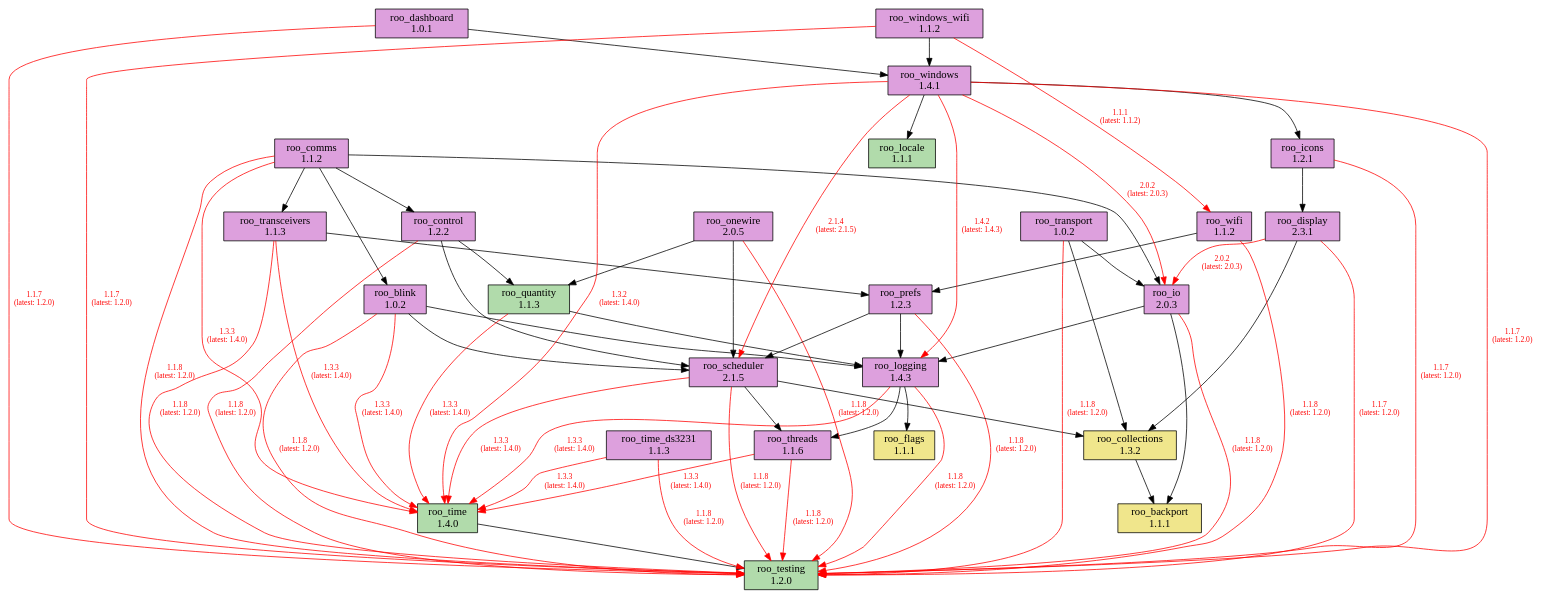
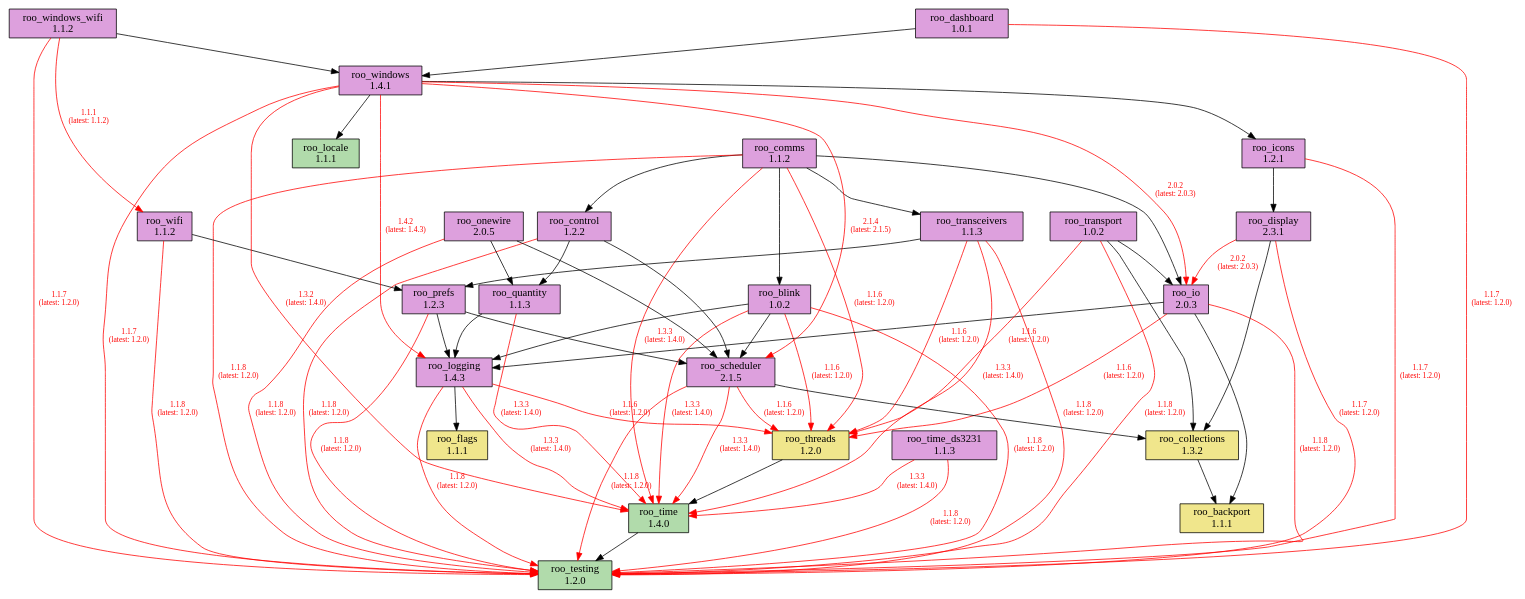
Before and after one commit to dejwk/roo-registry: the diagram in doc/dependencies.dot, drawn with Graphviz. The commit also changed 3 other files, not shown here.

Commit message:
Added roo_threads 1.2.0 to the registry.

```diff
--- a/doc/dependencies.dot
+++ b/doc/dependencies.dot
@@ -1,97 +1,101 @@
 digraph dependencies {
     rankdir=TB;
     node [shape=box, style=filled];
     edge [fontsize=10];
 
     // Modules
     "roo_backport" [label="roo_backport\n1.1.1", fillcolor="khaki"];
     "roo_blink" [label="roo_blink\n1.0.2", fillcolor="plum"];
     "roo_collections" [label="roo_collections\n1.3.2", fillcolor="khaki"];
     "roo_comms" [label="roo_comms\n1.1.2", fillcolor="plum"];
     "roo_control" [label="roo_control\n1.2.2", fillcolor="plum"];
     "roo_dashboard" [label="roo_dashboard\n1.0.1", fillcolor="plum"];
     "roo_display" [label="roo_display\n2.3.1", fillcolor="plum"];
     "roo_flags" [label="roo_flags\n1.1.1", fillcolor="khaki"];
     "roo_icons" [label="roo_icons\n1.2.1", fillcolor="plum"];
     "roo_io" [label="roo_io\n2.0.3", fillcolor="plum"];
     "roo_locale" [label="roo_locale\n1.1.1", fillcolor="#b1dbab"];
     "roo_logging" [label="roo_logging\n1.4.3", fillcolor="plum"];
     "roo_onewire" [label="roo_onewire\n2.0.5", fillcolor="plum"];
     "roo_prefs" [label="roo_prefs\n1.2.3", fillcolor="plum"];
-    "roo_quantity" [label="roo_quantity\n1.1.3", fillcolor="#b1dbab"];
+    "roo_quantity" [label="roo_quantity\n1.1.3", fillcolor="plum"];
     "roo_scheduler" [label="roo_scheduler\n2.1.5", fillcolor="plum"];
     "roo_testing" [label="roo_testing\n1.2.0", fillcolor="#b1dbab"];
-    "roo_threads" [label="roo_threads\n1.1.6", fillcolor="plum"];
+    "roo_threads" [label="roo_threads\n1.2.0", fillcolor="khaki"];
     "roo_time" [label="roo_time\n1.4.0", fillcolor="#b1dbab"];
     "roo_time_ds3231" [label="roo_time_ds3231\n1.1.3", fillcolor="plum"];
     "roo_transceivers" [label="roo_transceivers\n1.1.3", fillcolor="plum"];
     "roo_transport" [label="roo_transport\n1.0.2", fillcolor="plum"];
     "roo_wifi" [label="roo_wifi\n1.1.2", fillcolor="plum"];
     "roo_windows" [label="roo_windows\n1.4.1", fillcolor="plum"];
     "roo_windows_wifi" [label="roo_windows_wifi\n1.1.2", fillcolor="plum"];
 
     // Dependencies
     "roo_blink" -> "roo_testing" [color=red, fontcolor=red, label="1.1.8\n(latest: 1.2.0)"];
     "roo_blink" -> "roo_logging";
     "roo_blink" -> "roo_scheduler";
+    "roo_blink" -> "roo_threads" [color=red, fontcolor=red, label="1.1.6\n(latest: 1.2.0)"];
     "roo_blink" -> "roo_time" [color=red, fontcolor=red, label="1.3.3\n(latest: 1.4.0)"];
     "roo_collections" -> "roo_backport";
     "roo_comms" -> "roo_testing" [color=red, fontcolor=red, label="1.1.8\n(latest: 1.2.0)"];
     "roo_comms" -> "roo_blink";
     "roo_comms" -> "roo_control";
     "roo_comms" -> "roo_io";
+    "roo_comms" -> "roo_threads" [color=red, fontcolor=red, label="1.1.6\n(latest: 1.2.0)"];
     "roo_comms" -> "roo_time" [color=red, fontcolor=red, label="1.3.3\n(latest: 1.4.0)"];
     "roo_comms" -> "roo_transceivers";
     "roo_control" -> "roo_testing" [color=red, fontcolor=red, label="1.1.8\n(latest: 1.2.0)"];
     "roo_control" -> "roo_quantity";
     "roo_control" -> "roo_scheduler";
     "roo_dashboard" -> "roo_testing" [color=red, fontcolor=red, label="1.1.7\n(latest: 1.2.0)"];
     "roo_dashboard" -> "roo_windows";
     "roo_display" -> "roo_testing" [color=red, fontcolor=red, label="1.1.7\n(latest: 1.2.0)"];
     "roo_display" -> "roo_collections";
     "roo_display" -> "roo_io" [color=red, fontcolor=red, label="2.0.2\n(latest: 2.0.3)"];
     "roo_icons" -> "roo_testing" [color=red, fontcolor=red, label="1.1.7\n(latest: 1.2.0)"];
     "roo_icons" -> "roo_display";
     "roo_io" -> "roo_testing" [color=red, fontcolor=red, label="1.1.8\n(latest: 1.2.0)"];
     "roo_io" -> "roo_backport";
     "roo_io" -> "roo_logging";
+    "roo_io" -> "roo_threads" [color=red, fontcolor=red, label="1.1.6\n(latest: 1.2.0)"];
     "roo_logging" -> "roo_testing" [color=red, fontcolor=red, label="1.1.8\n(latest: 1.2.0)"];
     "roo_logging" -> "roo_flags";
     "roo_logging" -> "roo_time" [color=red, fontcolor=red, label="1.3.3\n(latest: 1.4.0)"];
-    "roo_logging" -> "roo_threads";
+    "roo_logging" -> "roo_threads" [color=red, fontcolor=red, label="1.1.6\n(latest: 1.2.0)"];
     "roo_onewire" -> "roo_testing" [color=red, fontcolor=red, label="1.1.8\n(latest: 1.2.0)"];
     "roo_onewire" -> "roo_scheduler";
     "roo_onewire" -> "roo_quantity";
     "roo_prefs" -> "roo_testing" [color=red, fontcolor=red, label="1.1.8\n(latest: 1.2.0)"];
     "roo_prefs" -> "roo_logging";
     "roo_prefs" -> "roo_scheduler";
     "roo_quantity" -> "roo_logging";
     "roo_quantity" -> "roo_time" [color=red, fontcolor=red, label="1.3.3\n(latest: 1.4.0)"];
     "roo_scheduler" -> "roo_testing" [color=red, fontcolor=red, label="1.1.8\n(latest: 1.2.0)"];
     "roo_scheduler" -> "roo_collections";
-    "roo_scheduler" -> "roo_threads";
+    "roo_scheduler" -> "roo_threads" [color=red, fontcolor=red, label="1.1.6\n(latest: 1.2.0)"];
     "roo_scheduler" -> "roo_time" [color=red, fontcolor=red, label="1.3.3\n(latest: 1.4.0)"];
-    "roo_threads" -> "roo_testing" [color=red, fontcolor=red, label="1.1.8\n(latest: 1.2.0)"];
-    "roo_threads" -> "roo_time" [color=red, fontcolor=red, label="1.3.3\n(latest: 1.4.0)"];
+    "roo_threads" -> "roo_time";
     "roo_time" -> "roo_testing";
     "roo_time_ds3231" -> "roo_testing" [color=red, fontcolor=red, label="1.1.8\n(latest: 1.2.0)"];
     "roo_time_ds3231" -> "roo_time" [color=red, fontcolor=red, label="1.3.3\n(latest: 1.4.0)"];
     "roo_transceivers" -> "roo_testing" [color=red, fontcolor=red, label="1.1.8\n(latest: 1.2.0)"];
     "roo_transceivers" -> "roo_prefs";
+    "roo_transceivers" -> "roo_threads" [color=red, fontcolor=red, label="1.1.6\n(latest: 1.2.0)"];
     "roo_transceivers" -> "roo_time" [color=red, fontcolor=red, label="1.3.3\n(latest: 1.4.0)"];
     "roo_transport" -> "roo_testing" [color=red, fontcolor=red, label="1.1.8\n(latest: 1.2.0)"];
     "roo_transport" -> "roo_collections";
     "roo_transport" -> "roo_io";
+    "roo_transport" -> "roo_threads" [color=red, fontcolor=red, label="1.1.6\n(latest: 1.2.0)"];
     "roo_wifi" -> "roo_testing" [color=red, fontcolor=red, label="1.1.8\n(latest: 1.2.0)"];
     "roo_wifi" -> "roo_prefs";
     "roo_windows" -> "roo_testing" [color=red, fontcolor=red, label="1.1.7\n(latest: 1.2.0)"];
     "roo_windows" -> "roo_locale";
     "roo_windows" -> "roo_logging" [color=red, fontcolor=red, label="1.4.2\n(latest: 1.4.3)"];
     "roo_windows" -> "roo_icons";
     "roo_windows" -> "roo_io" [color=red, fontcolor=red, label="2.0.2\n(latest: 2.0.3)"];
     "roo_windows" -> "roo_scheduler" [color=red, fontcolor=red, label="2.1.4\n(latest: 2.1.5)"];
     "roo_windows" -> "roo_time" [color=red, fontcolor=red, label="1.3.2\n(latest: 1.4.0)"];
     "roo_windows_wifi" -> "roo_testing" [color=red, fontcolor=red, label="1.1.7\n(latest: 1.2.0)"];
     "roo_windows_wifi" -> "roo_wifi" [color=red, fontcolor=red, label="1.1.1\n(latest: 1.1.2)"];
     "roo_windows_wifi" -> "roo_windows";
 }
```
